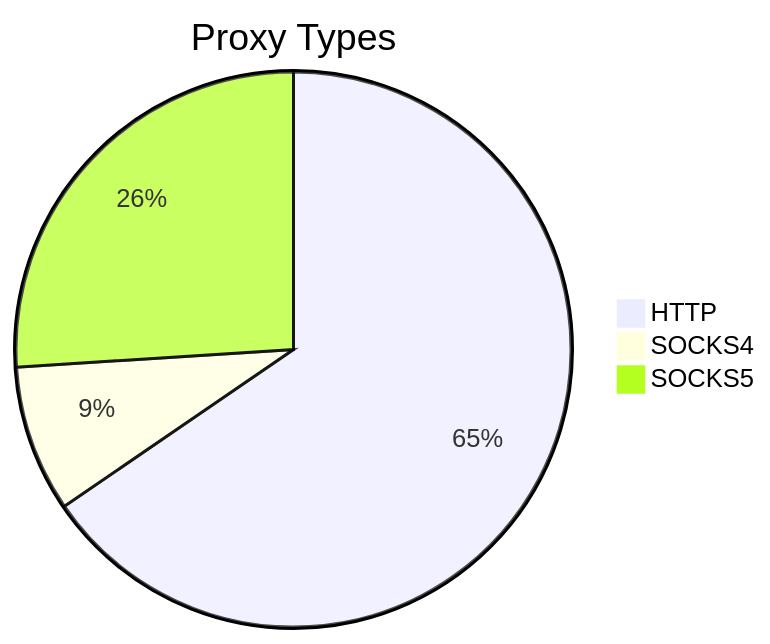
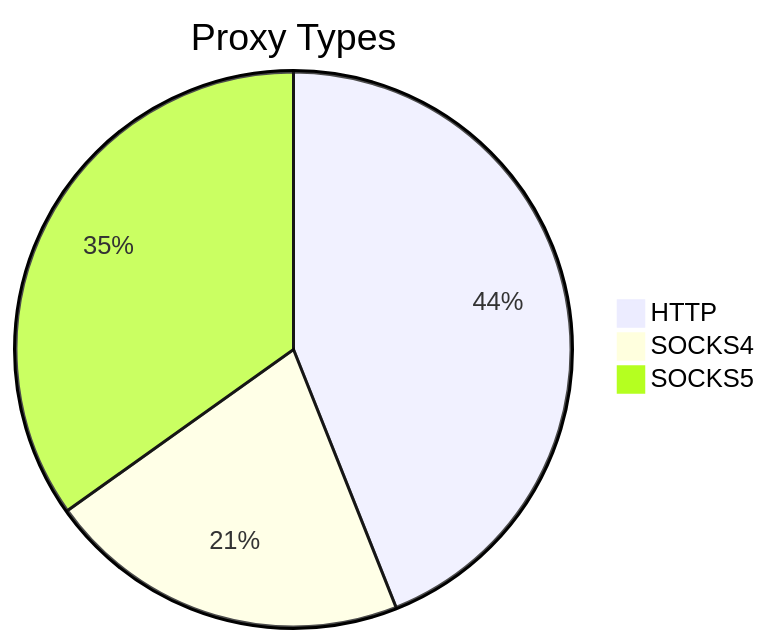
Before and after one commit to stormsia/proxy-list: the first of 2 diagrams in README.md, drawn with Mermaid. The commit also changed other lines of this file, not shown here.

````diff
--- a/README.md
+++ b/README.md
@@ -21,6 +21,6 @@
 ```mermaid
 pie title Proxy Types
-    "HTTP" : 161
-    "SOCKS4" : 21
-    "SOCKS5" : 64
+    "HTTP" : 135
+    "SOCKS4" : 65
+    "SOCKS5" : 107
 ```
````
